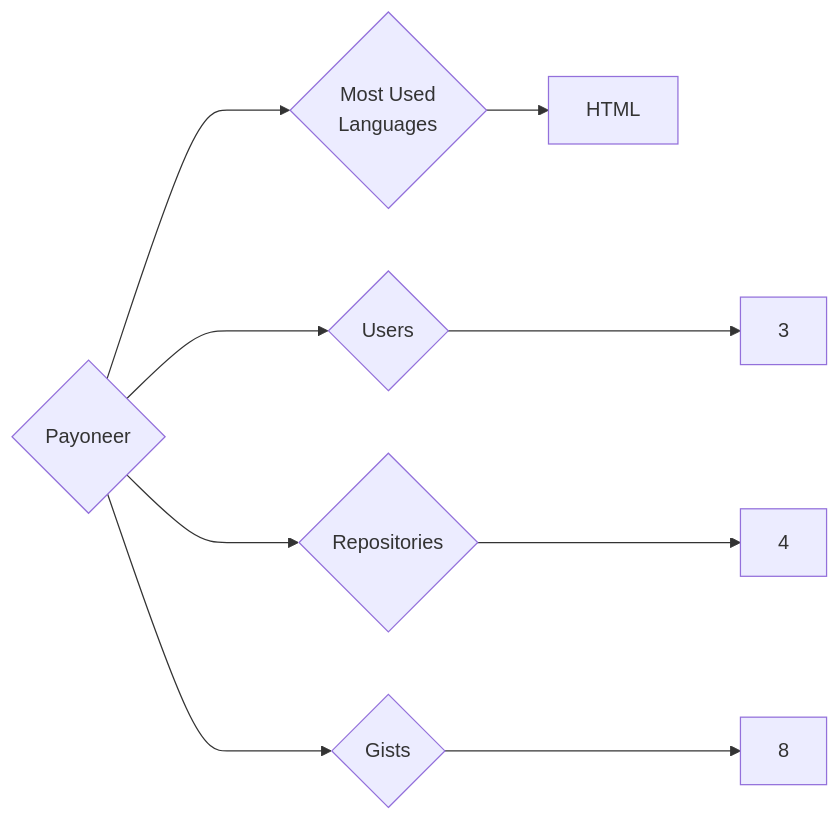
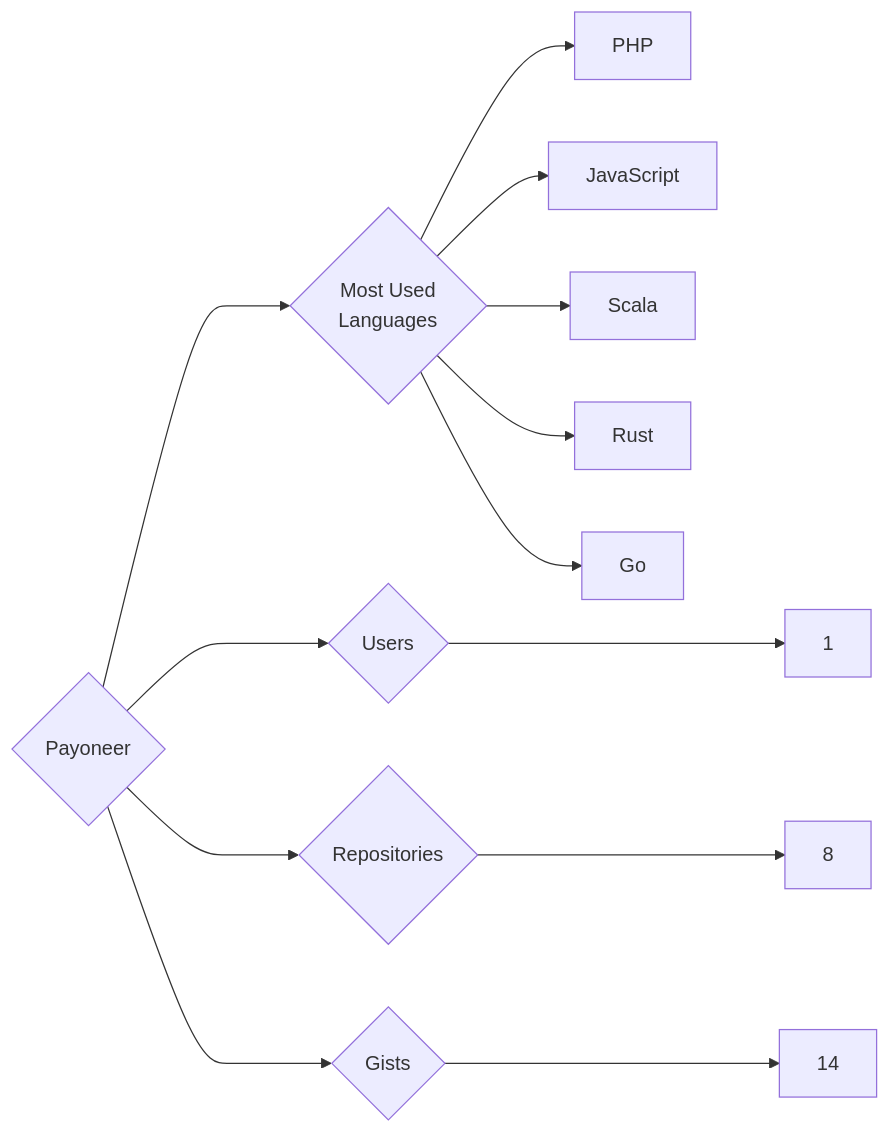
Before and after one commit to trickest/insiders: the diagram in targets/Payoneer/README.md, drawn with Mermaid. The commit also changed 948 other files, not shown here.

````diff
--- a/targets/Payoneer/README.md
+++ b/targets/Payoneer/README.md
@@ -3,9 +3,13 @@
 ```mermaid
 graph LR
 COMPANY_NAME{Payoneer}
-COMPANY_NAME ---> U{Users} ---> UN[3]
-COMPANY_NAME ---> R{Repositories} ---> RN[4]
-COMPANY_NAME ---> G{Gists} ---> GN[8]
+COMPANY_NAME ---> U{Users} ---> UN[1]
+COMPANY_NAME ---> R{Repositories} ---> RN[8]
+COMPANY_NAME ---> G{Gists} ---> GN[14]
 COMPANY_NAME ---> ML{Most Used<br>Languages}
-ML --> HTML[HTML]
+ML --> PHP[PHP]
+ML --> JavaScript[JavaScript]
+ML --> Scala[Scala]
+ML --> Rust[Rust]
+ML --> Go[Go]
 ```
````
